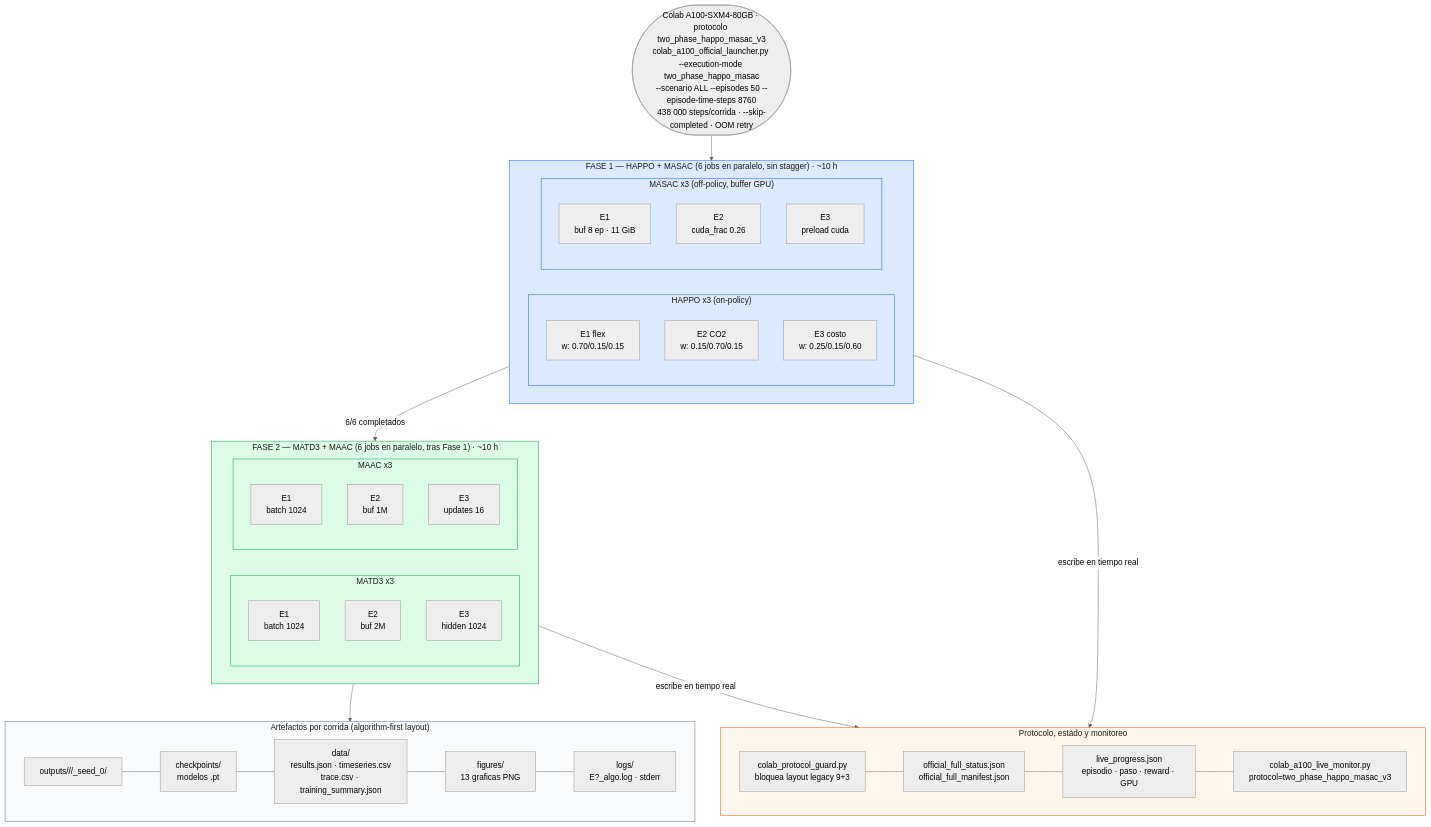
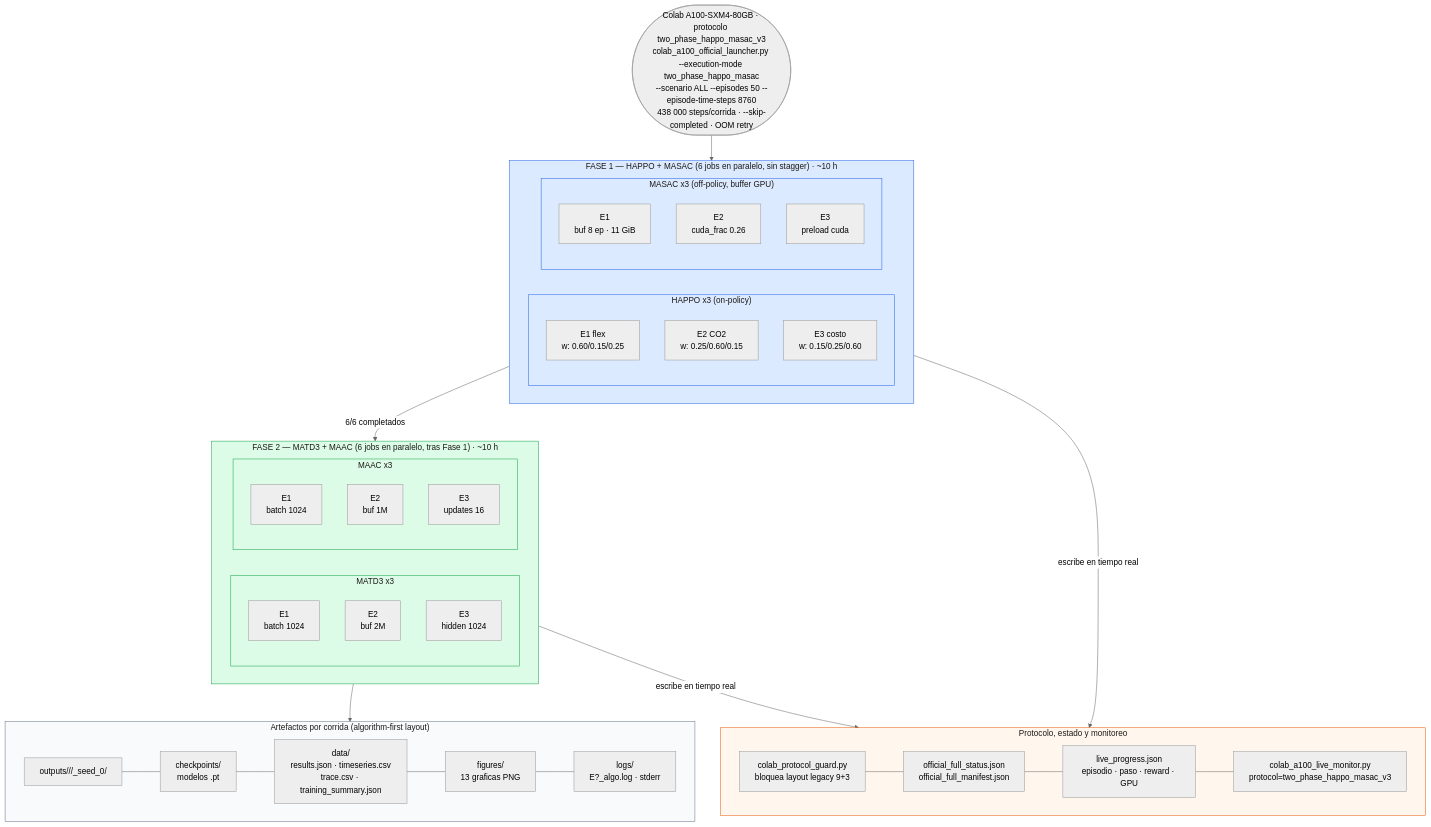
One commit to Mac-Tapia/MADRLCitytleranflexresdr changed the fifth of 9 diagrams in docs/architecture/ARQUITECTURA_PROYECTO_DEFENSA.md. Above: the diagram before and after it, drawn with Mermaid (neutral theme). The commit also changed other lines of this file and 757 other files, not shown here.

````diff
--- a/docs/architecture/ARQUITECTURA_PROYECTO_DEFENSA.md
+++ b/docs/architecture/ARQUITECTURA_PROYECTO_DEFENSA.md
@@ -263,64 +263,64 @@
 ```mermaid
 flowchart TD
     START(["Colab A100-SXM4-80GB · protocolo two_phase_happo_masac_v3\ncolab_a100_official_launcher.py --execution-mode two_phase_happo_masac\n--scenario ALL --episodes 50 --episode-time-steps 8760\n438 000 steps/corrida · --skip-completed · OOM retry"])
 
     subgraph PHASE1["FASE 1 — HAPPO + MASAC (6 jobs en paralelo, sin stagger) · ~10 h"]
         direction LR
         subgraph P1_H["HAPPO x3 (on-policy)"]
-            H_E1["E1 flex\nw: 0.70/0.15/0.15"]
-            H_E2["E2 CO2\nw: 0.15/0.70/0.15"]
-            H_E3["E3 costo\nw: 0.25/0.15/0.60"]
+            H_E1["E1 flex\nw: 0.60/0.15/0.25"]
+            H_E2["E2 CO2\nw: 0.25/0.60/0.15"]
+            H_E3["E3 costo\nw: 0.15/0.25/0.60"]
         end
         subgraph P1_M["MASAC x3 (off-policy, buffer GPU)"]
             M_E1["E1\nbuf 8 ep · 11 GiB"]
             M_E2["E2\ncuda_frac 0.26"]
             M_E3["E3\npreload cuda"]
         end
     end
 
     subgraph PHASE2["FASE 2 — MATD3 + MAAC (6 jobs en paralelo, tras Fase 1) · ~10 h"]
         direction LR
         subgraph P2_T["MATD3 x3"]
             T_E1["E1\nbatch 1024"]
             T_E2["E2\nbuf 2M"]
             T_E3["E3\nhidden 1024"]
         end
         subgraph P2_A["MAAC x3"]
             A_E1["E1\nbatch 1024"]
             A_E2["E2\nbuf 1M"]
             A_E3["E3\nupdates 16"]
         end
     end
 
     subgraph ARTEFACTOS["Artefactos por corrida (algorithm-first layout)"]
         direction LR
         PATH["outputs/<ts>/<algo>/<Escenario>_seed_0/"]
         CHK["checkpoints/\nmodelos .pt"]
         DATA["data/\nresults.json · timeseries.csv\ntrace.csv · training_summary.json"]
         FIG["figures/\n13 graficas PNG"]
         LOG["logs/\nE?_algo.log · stderr"]
         PATH --- CHK --- DATA --- FIG --- LOG
     end
 
     subgraph STATUS["Protocolo, estado y monitoreo"]
         G1["colab_protocol_guard.py\nbloquea layout legacy 9+3"]
         S1["official_full_status.json\nofficial_full_manifest.json"]
         S2["live_progress.json\nepisodio · paso · reward · GPU"]
         MON["colab_a100_live_monitor.py\nprotocol=two_phase_happo_masac_v3"]
         G1 --- S1 --- S2 --- MON
     end
 
     START --> PHASE1
     PHASE1 -->|"6/6 completados"| PHASE2
     PHASE2 --> ARTEFACTOS
     PHASE1 & PHASE2 -->|"escribe en tiempo real"| STATUS
 
     classDef p1 fill:#dbeafe,stroke:#2563eb,color:#1c1917
     classDef p2 fill:#dcfce7,stroke:#16a34a,color:#1c1917
     classDef art fill:#f8fafc,stroke:#64748b,color:#1c1917
     classDef stat fill:#fff7ed,stroke:#ea580c,color:#1c1917
     class PHASE1,P1_H,P1_M p1
     class PHASE2,P2_T,P2_A p2
     class ARTEFACTOS art
     class STATUS stat
 ```
````
